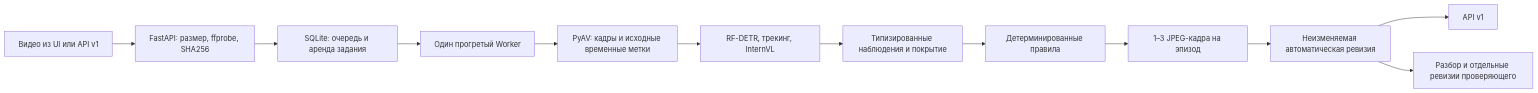
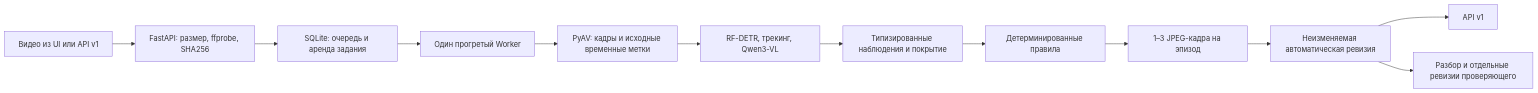
Before and after one commit to DarinaX2005X/dreamteam-datathon: the diagram in README.md, drawn with Mermaid. The commit also changed other lines of this file and 57 other files, not shown here.

````diff
--- a/README.md
+++ b/README.md
@@ -97,14 +103,14 @@
 ```mermaid
 flowchart LR
     U[Видео из UI или API v1] --> A[FastAPI: размер, ffprobe, SHA256]
     A --> Q[SQLite: очередь и аренда задания]
     Q --> W[Один прогретый Worker]
     W --> D[PyAV: кадры и исходные временные метки]
-    D --> P[RF-DETR, трекинг, InternVL]
+    D --> P[RF-DETR, трекинг, Qwen3-VL]
     P --> F[Типизированные наблюдения и покрытие]
     F --> R[Детерминированные правила]
     R --> E[1–3 JPEG-кадра на эпизод]
     E --> V[Неизменяемая автоматическая ревизия]
     V --> API[API v1]
     V --> UI[Разбор и отдельные ревизии проверяющего]
 ```
````
